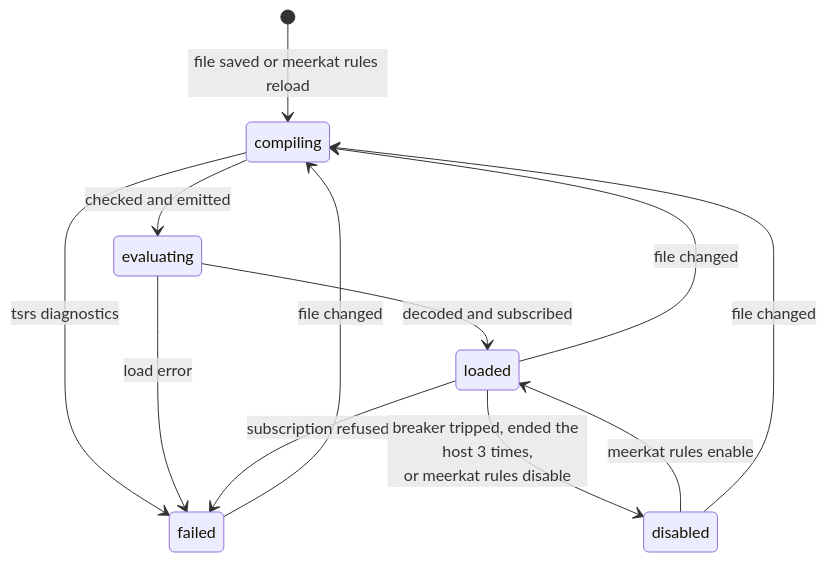
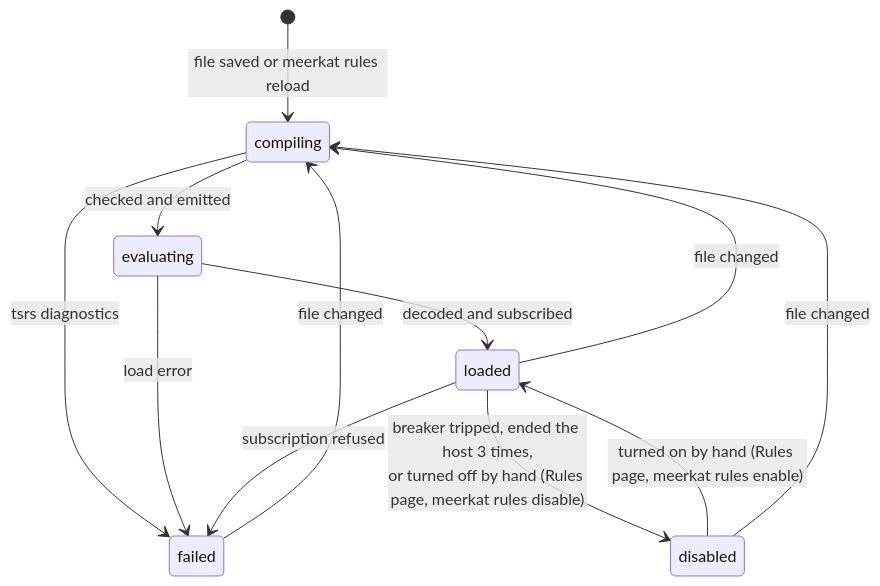
Before and after one commit to gkze/meerkat: the fifth of 7 diagrams in docs/design/meerkatd.md, drawn with Mermaid. The commit also changed 29 other files, not shown here.

````diff
--- a/docs/design/meerkatd.md
+++ b/docs/design/meerkatd.md
@@ -941,14 +941,14 @@
 ```mermaid
 stateDiagram-v2
     [*] --> compiling: file saved or meerkat rules reload
     compiling --> failed: tsrs diagnostics
     compiling --> evaluating: checked and emitted
     evaluating --> failed: load error
     evaluating --> loaded: decoded and subscribed
     loaded --> failed: subscription refused
-    loaded --> disabled: breaker tripped, ended the host 3 times,<br/>or meerkat rules disable
-    disabled --> loaded: meerkat rules enable
+    loaded --> disabled: breaker tripped, ended the host 3 times,<br/>or turned off by hand (Rules page, meerkat rules disable)
+    disabled --> loaded: turned on by hand (Rules page, meerkat rules enable)
     loaded --> compiling: file changed
     failed --> compiling: file changed
     disabled --> compiling: file changed
 ```
````
